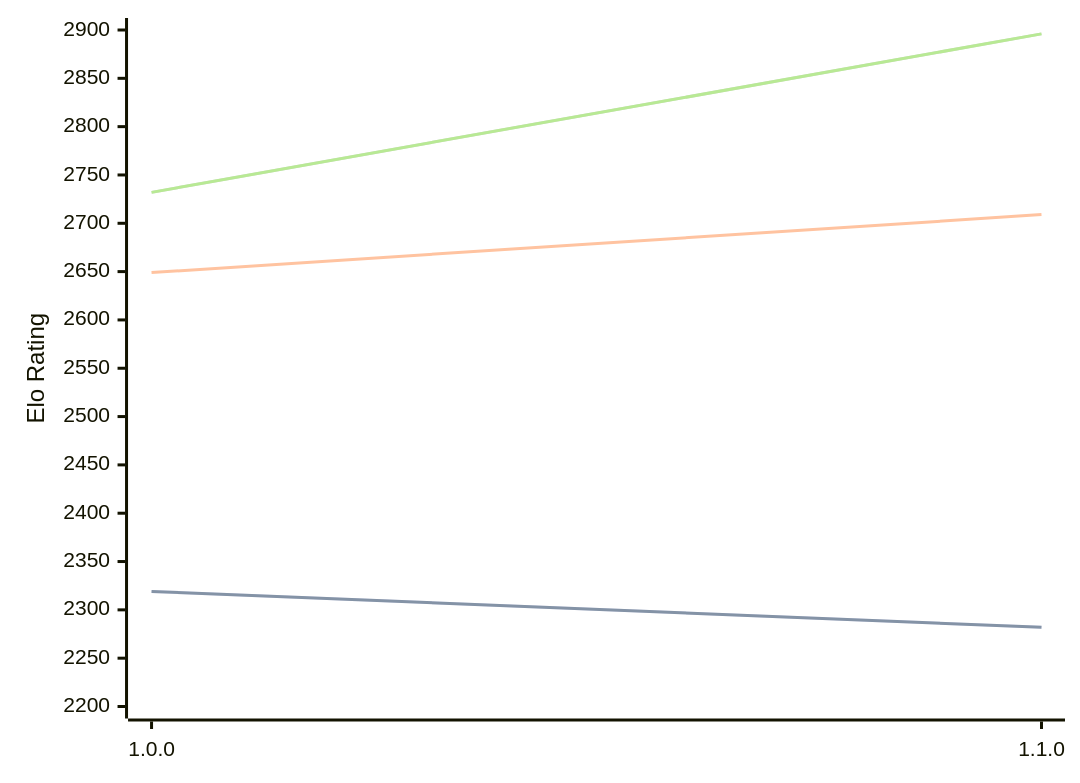
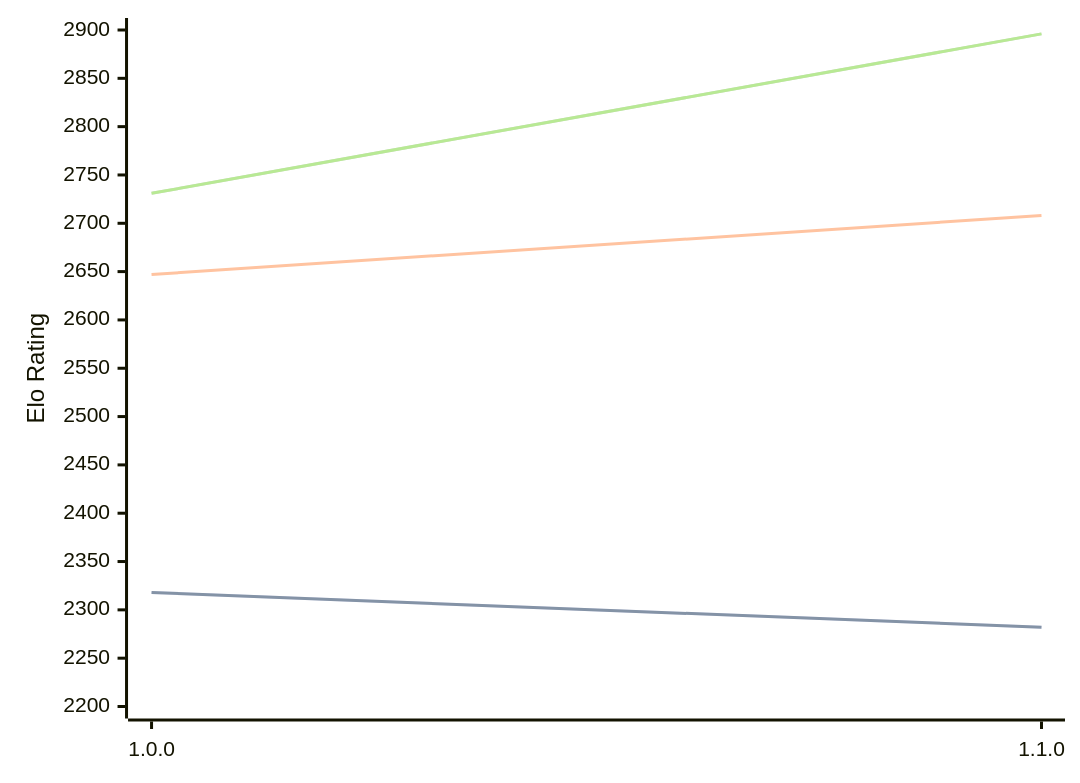
The first of 3 diagrams in engines/ShallowGuess.md (computer-chess-index/cci), drawn with Mermaid before and after one commit. The commit also changed other lines of this file, not shown here.

Commit message:
Update CCI Ratings (ELO VLTC) - 2026-06-27

````diff
--- a/engines/ShallowGuess.md
+++ b/engines/ShallowGuess.md
@@ -36,11 +36,11 @@
 ```mermaid
 %%{init: {"theme":"base","themeVariables":{"seriesColors:['#a3a3a3','#222221','#faa371']}}}%%
 xychart-beta
   x-axis ["1.0.0", "1.1.0"]
   y-axis "Elo Rating" 2200 --> 2900
-  line "STC (8.0+0.08s)" [2319, 2282]
-  line "STC (8.0+0.08s)" [2319, 2282]
-  line "LTC (60.0+0.60s)" [2649, 2709]
-  line "VLTC (2m24s+1.12s)" [2732, 2896]
-  line "VLTC (2m24s+1.12s)" [2732, 2896]
+  line "STC (8.0+0.08s)" [2318, 2282]
+  line "STC (8.0+0.08s)" [2318, 2282]
+  line "LTC (60.0+0.60s)" [2647, 2708]
+  line "VLTC (2m24s+1.12s)" [2731, 2896]
+  line "VLTC (2m24s+1.12s)" [2731, 2896]
 ```
````
